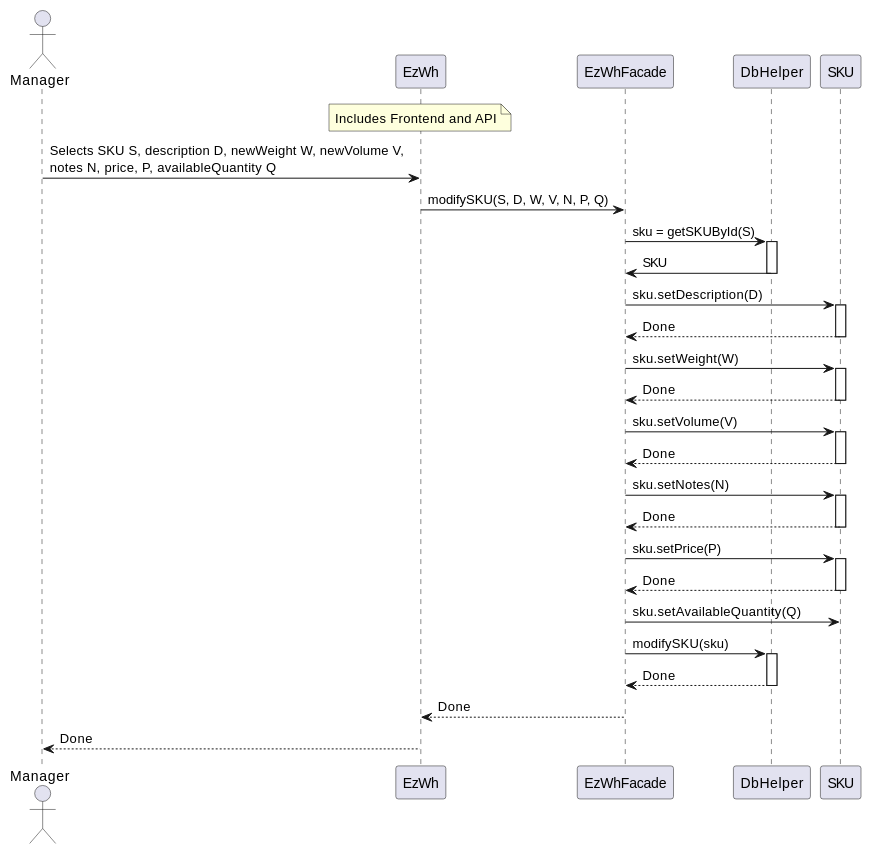
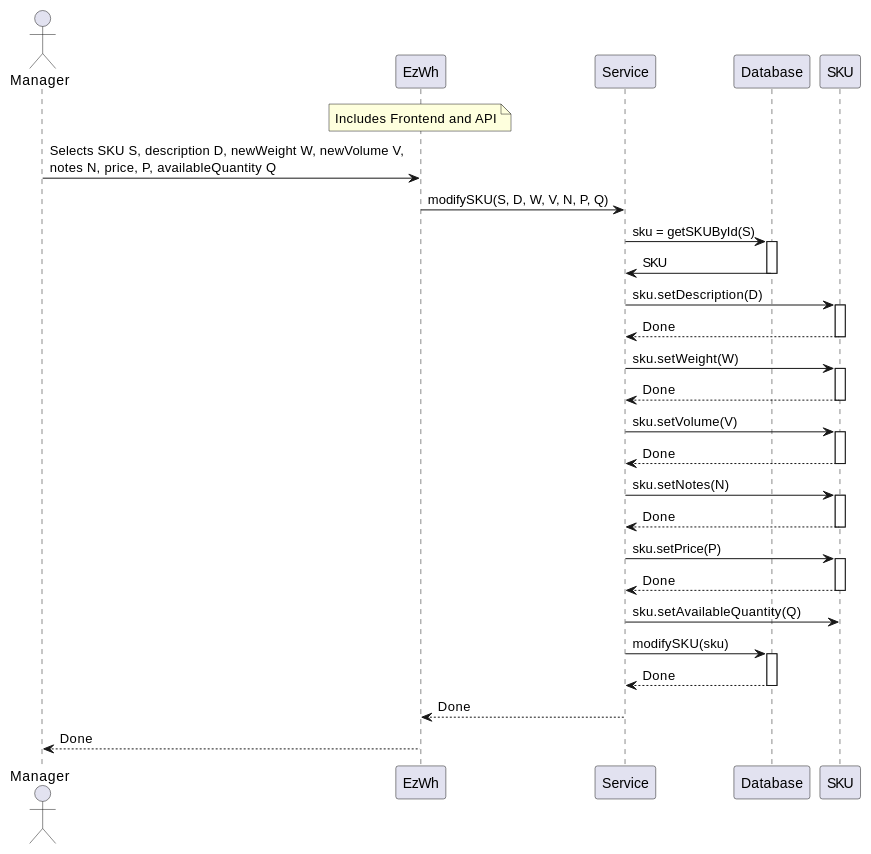
One commit to giuseppe-dandrea/EzWh changed the third of 12 diagrams in DesignDocument.md. Above: the diagram before and after it, drawn with PlantUML. The commit also changed other lines of this file and 3 other files, not shown here.

````diff
--- a/DesignDocument.md
+++ b/DesignDocument.md
@@ -570,42 +563,42 @@
 ```plantuml
 actor Manager
 participant EzWh
 note over EzWh: Includes Frontend and API
-participant EzWhFacade
-participant DbHelper
+participant Service
+participant Database
 participant SKU
 
 Manager -> EzWh: Selects SKU S, description D, newWeight W, newVolume V,\nnotes N, price, P, availableQuantity Q
-EzWh -> EzWhFacade: modifySKU(S, D, W, V, N, P, Q)
-EzWhFacade -> DbHelper : sku = getSKUById(S)
-activate DbHelper
-DbHelper -> EzWhFacade : SKU
-deactivate DbHelper
-EzWhFacade -> SKU: sku.setDescription(D)
+EzWh -> Service: modifySKU(S, D, W, V, N, P, Q)
+Service -> Database : sku = getSKUById(S)
+activate Database
+Database -> Service : SKU
+deactivate Database
+Service -> SKU: sku.setDescription(D)
 activate SKU
-SKU --> EzWhFacade: Done
+SKU --> Service: Done
 deactivate SKU
-EzWhFacade -> SKU: sku.setWeight(W)
+Service -> SKU: sku.setWeight(W)
 activate SKU
-SKU --> EzWhFacade: Done
+SKU --> Service: Done
 deactivate SKU
-EzWhFacade -> SKU: sku.setVolume(V)
+Service -> SKU: sku.setVolume(V)
 activate SKU
-SKU --> EzWhFacade: Done
+SKU --> Service: Done
 deactivate SKU
-EzWhFacade -> SKU: sku.setNotes(N)
+Service -> SKU: sku.setNotes(N)
 activate SKU
-SKU --> EzWhFacade: Done
+SKU --> Service: Done
 deactivate SKU
-EzWhFacade -> SKU: sku.setPrice(P)
+Service -> SKU: sku.setPrice(P)
 activate SKU
-SKU --> EzWhFacade: Done
+SKU --> Service: Done
 deactivate SKU
-EzWhFacade -> SKU: sku.setAvailableQuantity(Q)
-EzWhFacade -> DbHelper : modifySKU(sku)
-activate DbHelper
-DbHelper --> EzWhFacade : Done
-deactivate DbHelper
-EzWhFacade --> EzWh : Done
+Service -> SKU: sku.setAvailableQuantity(Q)
+Service -> Database : modifySKU(sku)
+activate Database
+Database --> Service : Done
+deactivate Database
+Service --> EzWh : Done
 EzWh --> Manager : Done
 ```
````
